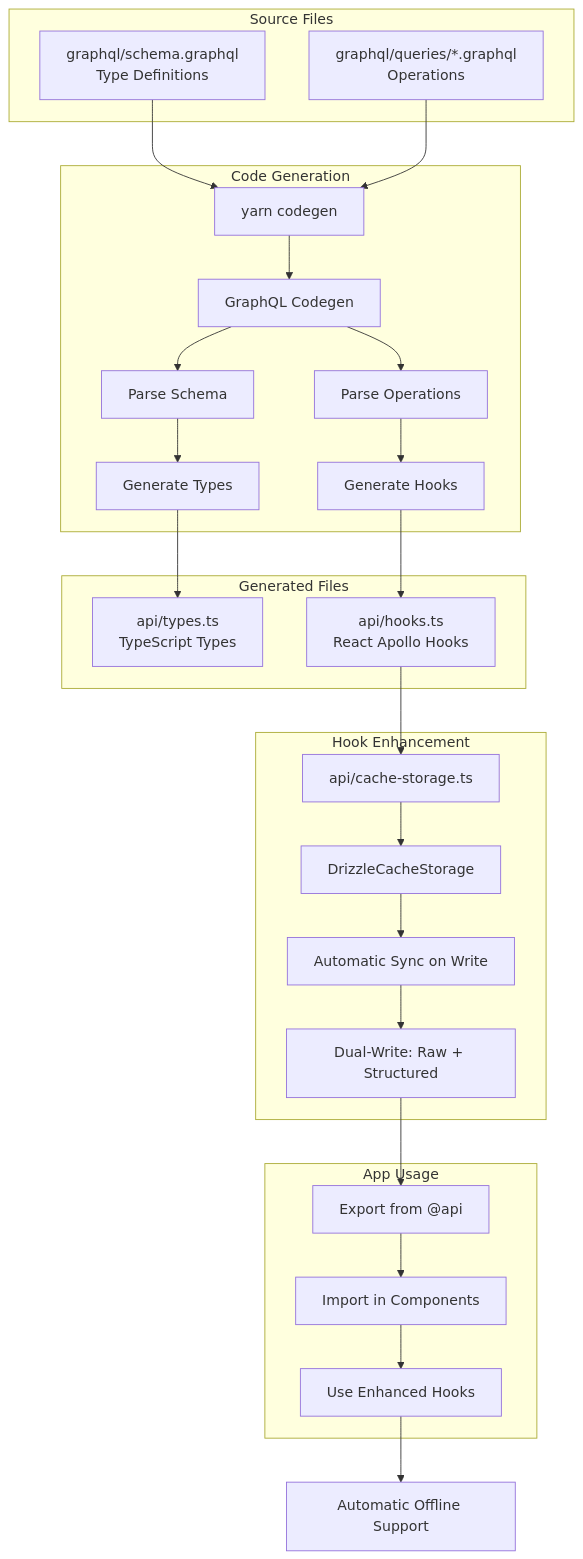
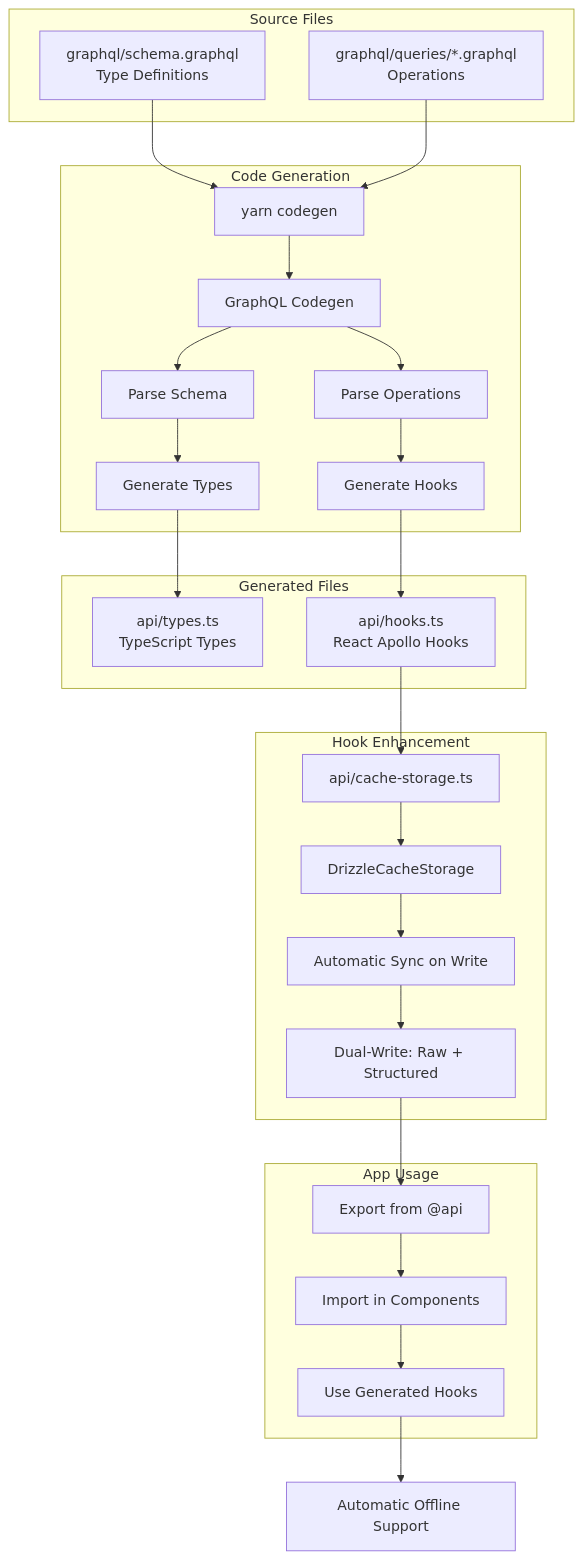
Before and after one commit to mehotkhan/safarnak.app: the ninth of 11 diagrams in README.md, drawn with Mermaid. The commit also changed other lines of this file, not shown here.

Commit message:
docs(readme): fix outdated references (Enhanced→Generated hooks, apollo cache table); refresh diagrams

````diff
--- a/README.md
+++ b/README.md
@@ -416,37 +416,37 @@
 ```mermaid
 flowchart TB
   subgraph Input["Source Files"]
     I1["graphql/schema.graphql<br/>Type Definitions"]
     I2["graphql/queries/*.graphql<br/>Operations"]
   end
 
   subgraph Codegen["Code Generation"]
     C1["yarn codegen"] --> C2["GraphQL Codegen"]
     C2 --> C3["Parse Schema"]
     C2 --> C4["Parse Operations"]
     C3 --> C5["Generate Types"]
     C4 --> C6["Generate Hooks"]
   end
 
   subgraph Output["Generated Files"]
     C5 --> O1["api/types.ts<br/>TypeScript Types"]
     C6 --> O2["api/hooks.ts<br/>React Apollo Hooks"]
   end
 
   subgraph Enhancement["Hook Enhancement"]
     O2 --> E1["api/cache-storage.ts"]
     E1 --> E2["DrizzleCacheStorage"]
     E2 --> E3["Automatic Sync on Write"]
     E3 --> E4["Dual-Write: Raw + Structured"]
   end
 
   subgraph Usage["App Usage"]
     E4 --> U1["Export from @api"]
     U1 --> U2["Import in Components"]
-    U2 --> U3["Use Enhanced Hooks"]
+    U2 --> U3["Use Generated Hooks"]
   end
 
   I1 --> C1
   I2 --> C1
   U3 --> U4["Automatic Offline Support"]
 ```
````
